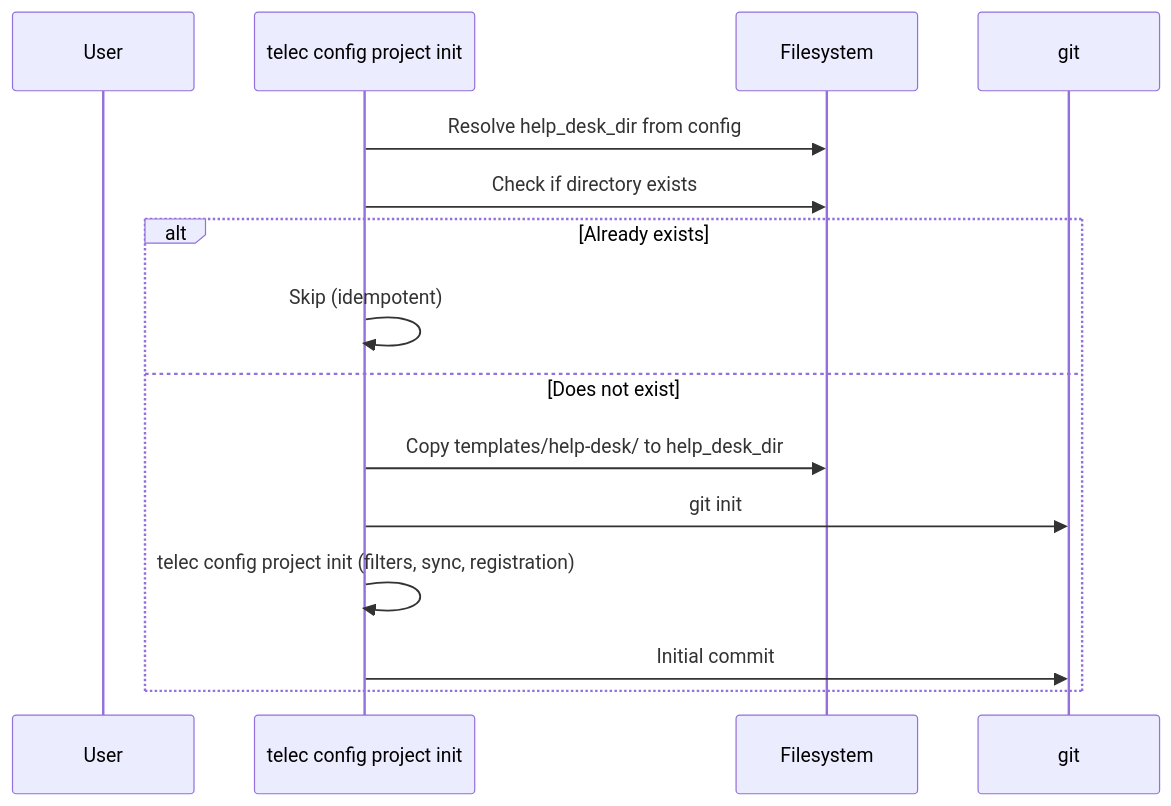
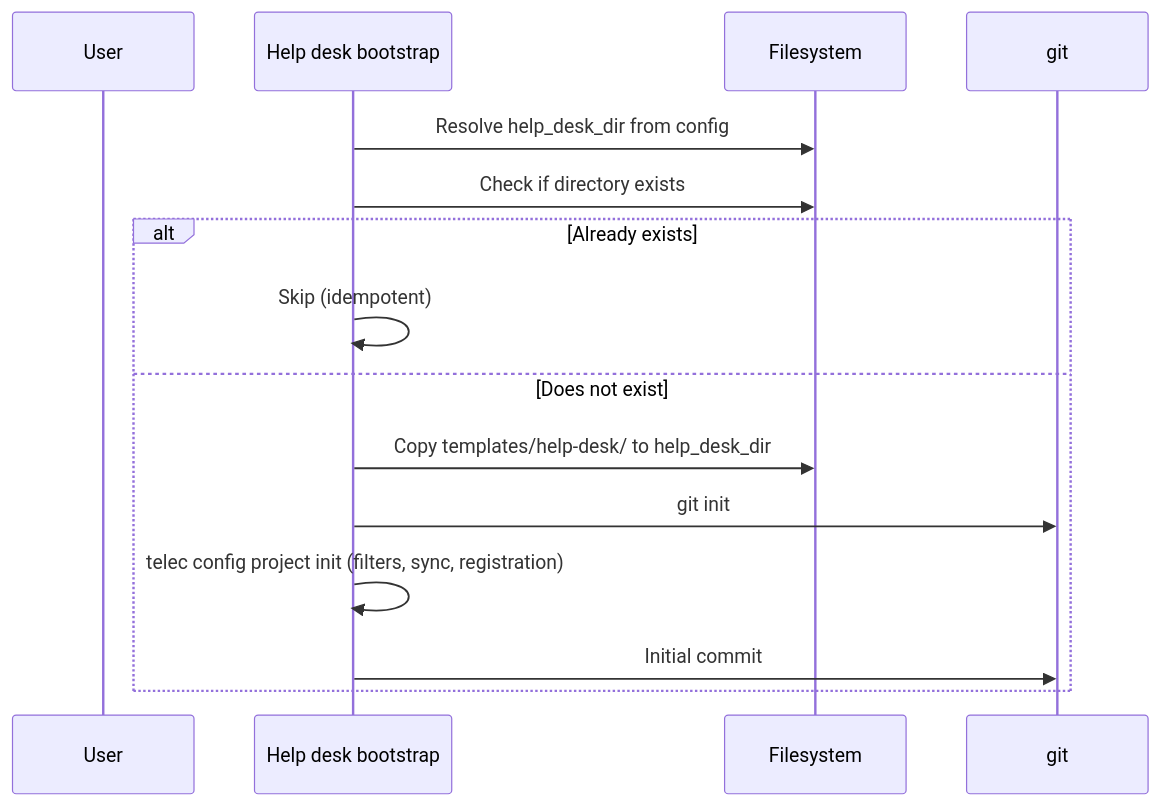
Diagram 12 of 12 in docs/project/design/architecture/help-desk-platform.md (InstruktAI/TeleClaude), drawn with Mermaid before and after one commit. The commit also changed other lines of this file and 3 other files, not shown here.

First line of the commit message:
fix(init): stop asking machine and mother questions during project init

````diff
--- a/docs/project/design/architecture/help-desk-platform.md
+++ b/docs/project/design/architecture/help-desk-platform.md
@@ -925,18 +925,18 @@
 ```mermaid
 sequenceDiagram
     participant User
-    participant Init as telec config project init
+    participant Init as Help desk bootstrap
     participant FS as Filesystem
     participant Git as git
 
     Init->>FS: Resolve help_desk_dir from config
     Init->>FS: Check if directory exists
     alt Already exists
         Init->>Init: Skip (idempotent)
     else Does not exist
         Init->>FS: Copy templates/help-desk/ to help_desk_dir
         Init->>Git: git init
         Init->>Init: telec config project init (filters, sync, registration)
         Init->>Git: Initial commit
     end
 ```
````
